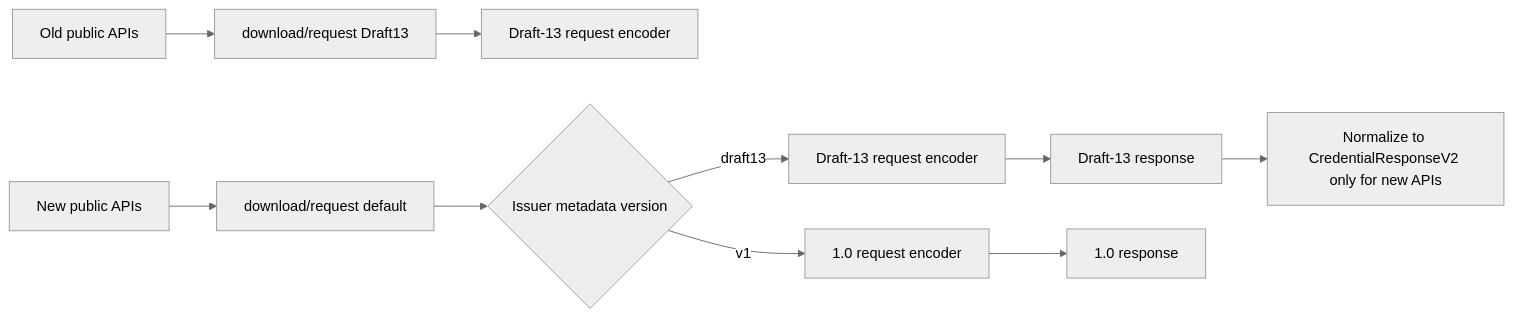
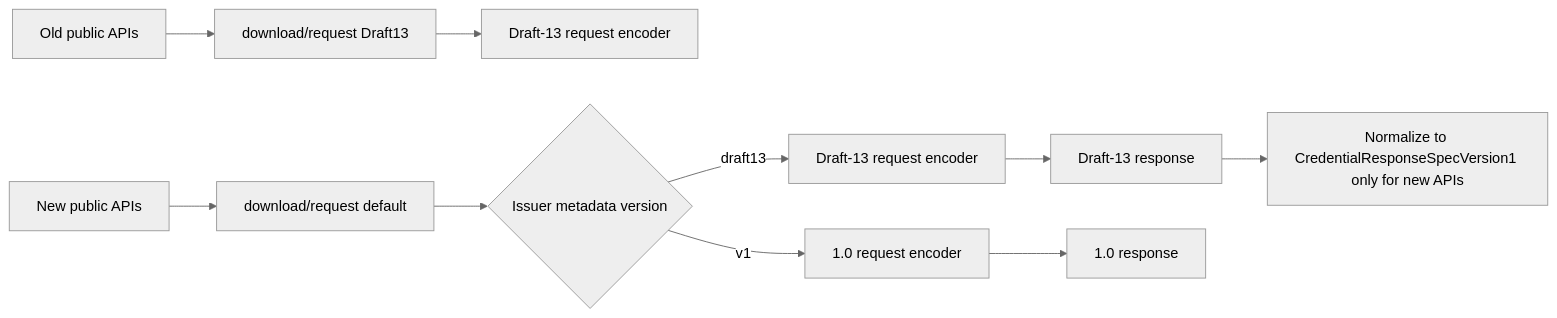
The second of 5 diagrams in docs/adr/0001-openid4vci-v1-migration.md (inji/inji-vci-client-ios-swift), drawn with Mermaid (neutral theme) before and after one commit. The commit also changed other lines of this file and 31 other files, not shown here.

Commit message:
[INJIMOB-3812] refine OpenID4VCI SpecVersion1 API naming

````diff
--- a/docs/adr/0001-openid4vci-v1-migration.md
+++ b/docs/adr/0001-openid4vci-v1-migration.md
@@ -160,16 +160,16 @@
 ```mermaid
 flowchart LR
     A[Old public APIs] --> B[download/request Draft13]
     C[New public APIs] --> D[download/request default]
 
     B --> E[Draft-13 request encoder]
     D --> F{Issuer metadata version}
 
     F -->|v1| G[1.0 request encoder]
     F -->|draft13| H[Draft-13 request encoder]
 
     H --> I[Draft-13 response]
     G --> J[1.0 response]
 
-    I --> K[Normalize to CredentialResponseV2 only for new APIs]
+    I --> K[Normalize to CredentialResponseSpecVersion1 only for new APIs]
 ```
````
